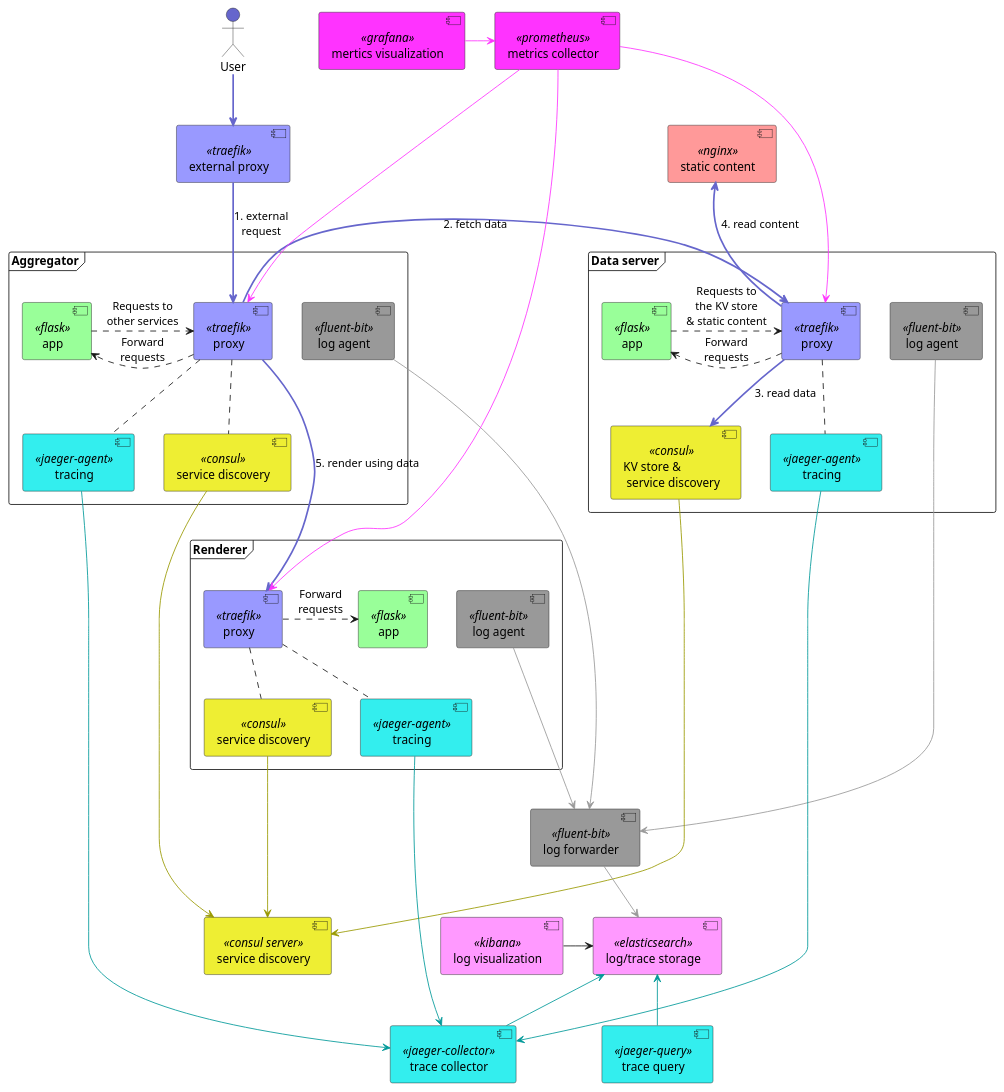
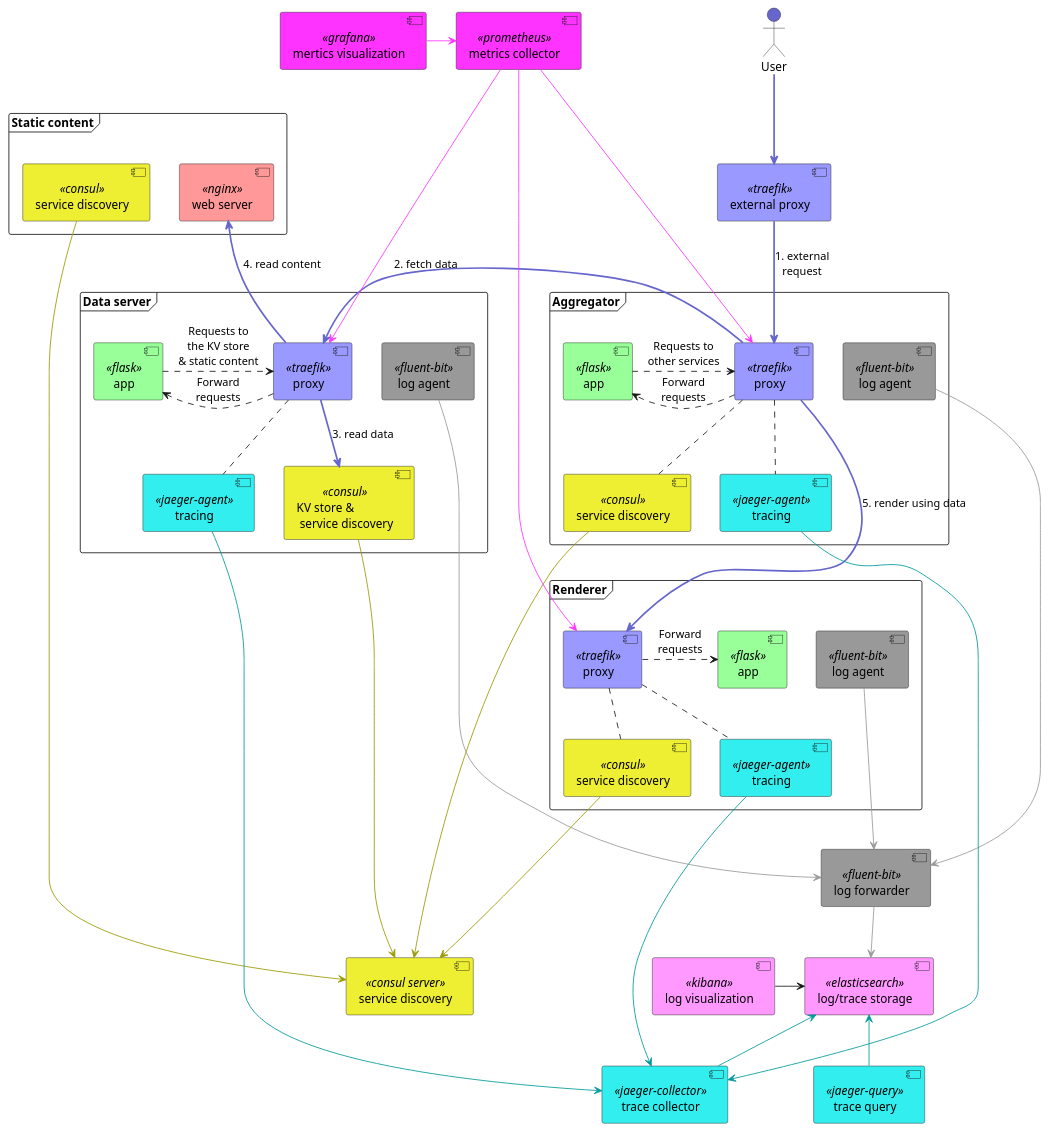
One commit to rycus86/podlike changed the diagram in examples/modernized/components.puml. Above: the diagram before and after it, drawn with PlantUML. The commit also changed 7 other files, not shown here.

```diff
--- a/examples/modernized/components.puml
+++ b/examples/modernized/components.puml
@@ -1,86 +1,90 @@
 @startuml
 
 frame Aggregator {
     [app] as A << flask >> #9f9
     [proxy] as Ap << traefik >> #99f
     [service discovery] as Ac << consul >> #ee3
     [tracing] as At << jaeger-agent >> #3ee
     [log agent] as Al << fluent-bit >> #999
 
     Ap .> A : Forward\nrequests
     A .> Ap : Requests to\nother services
     
     Ap .. Ac
     Ap .. At
 }
 
 frame "Data server" {
     [app] as D << flask >> #9f9
     [proxy] as Dp << traefik >> #99f
     [KV store &\n service discovery] as Dc << consul >> #ee3
     [tracing] as Dt << jaeger-agent >> #3ee
     [log agent] as Dl << fluent-bit >> #999
 
     Dp .> D : Forward\nrequests
     D .> Dp : Requests to\nthe KV store\n& static content
     
     Dp .. Dt
 }
 
 frame Renderer {
     [app] as R << flask >> #9f9
     [proxy] as Rp << traefik >> #99f
     [service discovery] as Rc << consul >> #ee3
     [tracing] as Rt << jaeger-agent >> #3ee
     [log agent] as Rl << fluent-bit >> #999
 
     Rp .> R : Forward\nrequests
     
     Rp .. Rc
     Rp .. Rt
 }
 
-[static content] as SC << nginx >> #f99
+frame "Static content" {
+    [web server] as SC << nginx >> #f99
+    [service discovery] as SCc << consul >> #ee3
+}
 
 [external proxy] as PXY << traefik >> #99f
 [log forwarder] as LF << fluent-bit >> #999
 [log/trace storage] as ES << elasticsearch >> #f9f
 [log visualization] as K << kibana >> #f9f
 [service discovery] as C << consul server >> #ee3
 [trace collector] as T << jaeger-collector >> #3ee
 [trace query] as Tq << jaeger-query >> #3ee
 [metrics collector] as P << prometheus >> #f3f
 [mertics visualization] as G << grafana >> #f3f
 
 actor User as usr #66c
 
 usr ==> PXY #66c
 PXY ==> Ap #66c : 1. external\nrequest
 Ap =l==> Dp #66c : 2. fetch data
 Dp ==> Dc #66c : 3. read data
 Dp =u=> SC #66c : 4. read content
 Ap ===> Rp #66c : 5. render using data
 
 Al ---> LF #999
 Dl ---> LF #999
 Rl ---> LF #999
 
 Ac ---> C #990
 Dc ---> C #990
 Rc ---> C #990
+SCc ---> C #990
 
 At ---> T #099
 Dt ---> T #099
 Rt ---> T #099
 
 T -u-> ES #099
 Tq -u-> ES #099
 LF --> ES #999
 K -> ES
 
 P ---> Ap #f3f
 P ---> Dp #f3f
 P ---> Rp #f3f
 G -> P #f3f
 
 @enduml
```
